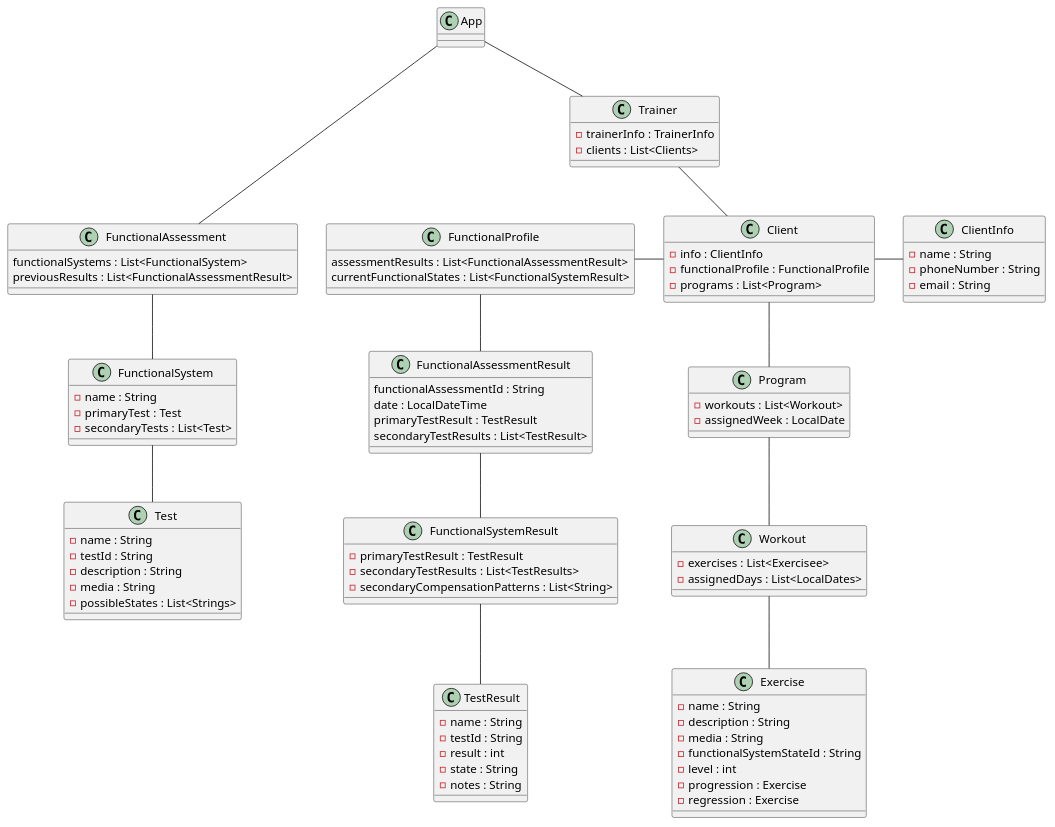
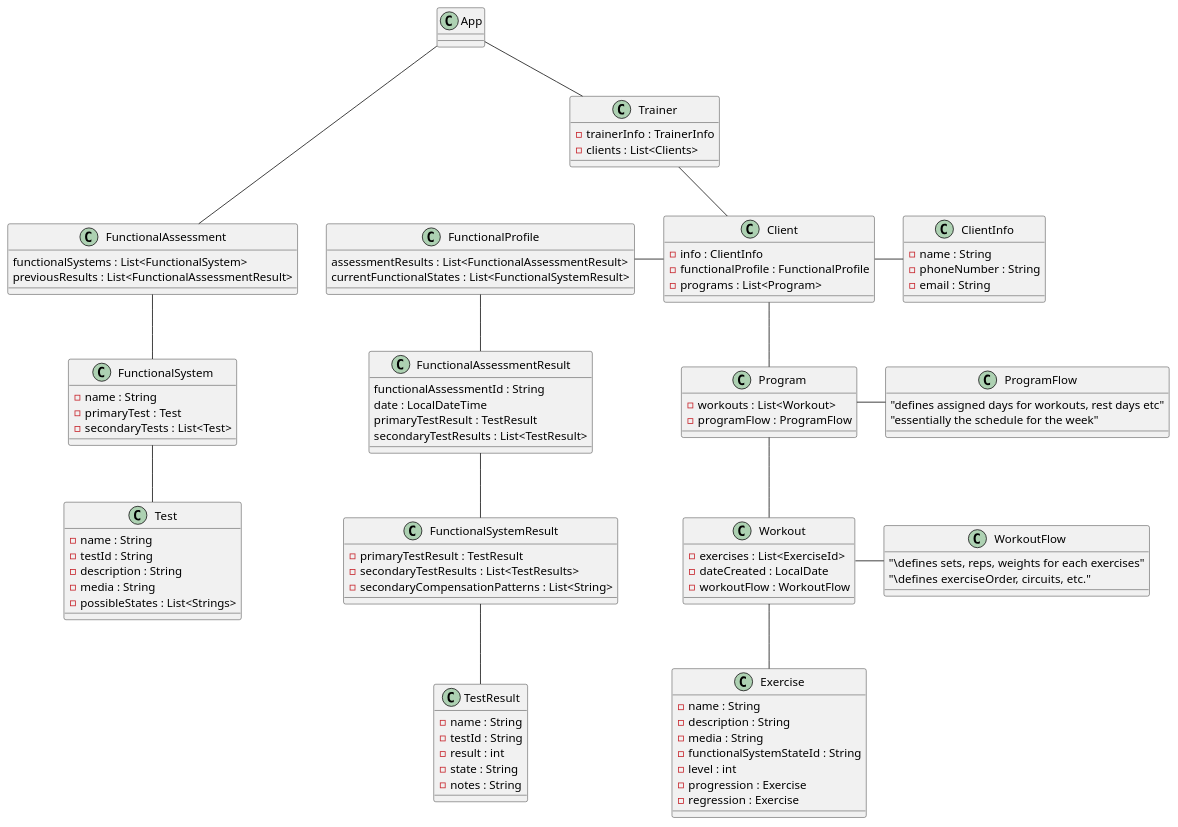
The diagram in Resources/design.puml (scottyinternet/musclesync), drawn with PlantUML before and after one commit. The commit also changed 3 other files, not shown here.

```diff
--- a/Resources/design.puml
+++ b/Resources/design.puml
@@ -1,100 +1,117 @@
 @startuml
+
+
+' A P P '
 class App {
 }
 App --- FunctionalAssessment
 App -- Trainer
 
 class FunctionalAssessment {
     functionalSystems : List<FunctionalSystem>
     previousResults : List<FunctionalAssessmentResult>
 }
 class FunctionalSystem {
     - name : String
     - primaryTest : Test
     - secondaryTests : List<Test>
 }
 
 class Test {
     - name : String
     - testId : String
     - description : String
     - media : String
     - possibleStates : List<Strings>
 }
 class FunctionalProfile {
     assessmentResults : List<FunctionalAssessmentResult>
     currentFunctionalStates : List<FunctionalSystemResult>
 
 }
 
 class FunctionalAssessmentResult {
     functionalAssessmentId : String
     date : LocalDateTime
     primaryTestResult : TestResult
     secondaryTestResults : List<TestResult>
 }
 class FunctionalSystemResult {
    - primaryTestResult : TestResult
    - secondaryTestResults : List<TestResults>
    - secondaryCompensationPatterns : List<String>
 }
 class TestResult {
     - name : String
     - testId : String
     - result : int
     - state : String
     - notes : String
 }
 FunctionalProfile -- FunctionalAssessmentResult
 FunctionalAssessmentResult -- FunctionalSystemResult
 FunctionalSystemResult --TestResult
 
 
 class Trainer {
     - trainerInfo : TrainerInfo
     - clients : List<Clients>
 }
 
 class Client {
     - info : ClientInfo
     - functionalProfile : FunctionalProfile
     - programs : List<Program>
 }
 
 class ClientInfo {
     - name : String
     - phoneNumber : String
     - email : String
 }
 
 Trainer -- Client
 Client - ClientInfo
 FunctionalProfile - Client
 Client -- Program
 FunctionalAssessment -- FunctionalSystem
 FunctionalSystem -- Test
 
 ' ----------------------------------- `
 
 class Program {
     - workouts : List<Workout>
-    - assignedWeek : LocalDate
+    - programFlow : ProgramFlow
 }
 
+class ProgramFlow {
+"defines assigned days for workouts, rest days etc"
+"essentially the schedule for the week"
+}
+
+Program - ProgramFlow
+
 class Workout {
-    - exercises : List<Exercisee>
-    - assignedDays : List<LocalDates>
+    - exercises : List<ExerciseId>
+    - dateCreated : LocalDate
+    - workoutFlow : WorkoutFlow
+}
+
+class WorkoutFlow {
+"\\defines sets, reps, weights for each exercises"
+"\\defines exerciseOrder, circuits, etc."
 }
 class Exercise {
     - name : String
     - description : String
     - media : String
     - functionalSystemStateId : String
     - level : int
     - progression : Exercise
     - regression : Exercise
 }
 Program -- Workout
+Workout - WorkoutFlow
 Workout -- Exercise
 
 @enduml
```
